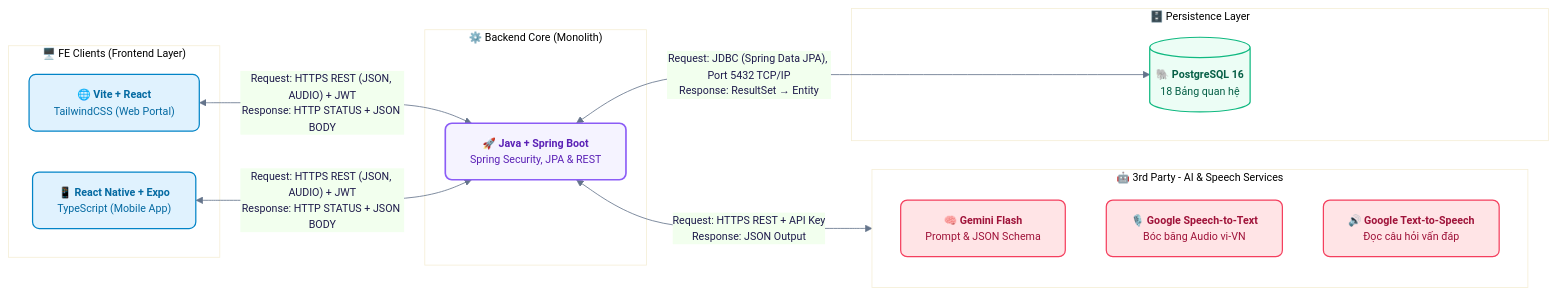
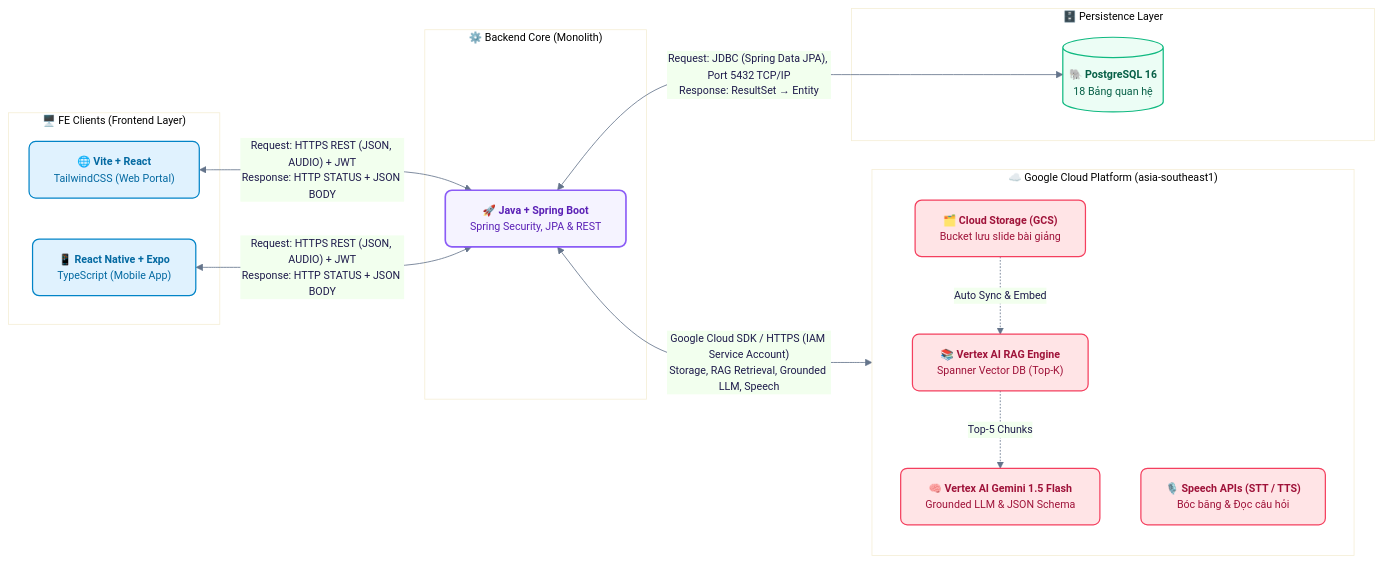
The first of 2 diagrams in document/02-architecture-design/README.md (SWD392-Group-4/AI-powered-Viva-Exam-System), drawn with Mermaid before and after one commit. The commit also changed other lines of this file and 9 other files, not shown here.

Commit message:
docs: add software architecture design report and system documentation files

````diff
--- a/document/02-architecture-design/README.md
+++ b/document/02-architecture-design/README.md
@@ -15,44 +15,47 @@
 ```mermaid
 %%{init: {
   'theme': 'base',
   'themeVariables': {
     'primaryColor': '#EEF2FF',
     'primaryTextColor': '#1E1B4B',
     'primaryBorderColor': '#6366F1',
     'lineColor': '#64748B',
     'fontFamily': 'Inter, system-ui, -apple-system, sans-serif',
     'fontSize': '13px'
   }
 }}%%
 flowchart LR
     %% Định nghĩa bảng màu ngữ nghĩa chuẩn thiết kế
     classDef client fill:#E0F2FE,stroke:#0284C7,stroke-width:1.5px,color:#0369A1,rx:8,ry:8;
     classDef backend fill:#F5F3FF,stroke:#8B5CF6,stroke-width:2px,color:#5B21B6,rx:8,ry:8;
     classDef ai fill:#FFE4E6,stroke:#F43F5E,stroke-width:1.5px,color:#9F1239,rx:8,ry:8;
     classDef db fill:#ECFDF5,stroke:#10B981,stroke-width:1.5px,color:#065F46,rx:4,ry:4;
 
     subgraph FE [" 🖥️ FE Clients (Frontend Layer) "]
         REACT["🌐 <b>Vite + React</b><br/>TailwindCSS (Web Portal)"]:::client
         MOBILE["📱 <b>React Native + Expo</b><br/>TypeScript (Mobile App)"]:::client
     end
 
     subgraph BE [" ⚙️ Backend Core (Monolith) "]
         SPRING["🚀 <b>Java + Spring Boot</b><br/>Spring Security, JPA & REST"]:::backend
     end
 
-    subgraph EXT [" 🤖 3rd Party - AI & Speech Services "]
-        GEMINI["🧠 <b>Gemini Flash</b><br/>Prompt & JSON Schema"]:::ai
-        STT["🎙️ <b>Google Speech-to-Text</b><br/>Bóc băng Audio vi-VN"]:::ai
-        TTS["🔊 <b>Google Text-to-Speech</b><br/>Đọc câu hỏi vấn đáp"]:::ai
+    subgraph EXT [" ☁️ Google Cloud Platform (asia-southeast1) "]
+        GCS["🗂️ <b>Cloud Storage (GCS)</b><br/>Bucket lưu slide bài giảng"]:::ai
+        RAG["📚 <b>Vertex AI RAG Engine</b><br/>Spanner Vector DB (Top-K)"]:::ai
+        GEMINI["🧠 <b>Vertex AI Gemini 1.5 Flash</b><br/>Grounded LLM & JSON Schema"]:::ai
+        SPEECH["🎙️ <b>Speech APIs (STT / TTS)</b><br/>Bóc băng & Đọc câu hỏi"]:::ai
     end
 
     subgraph DB [" 🗄️ Persistence Layer "]
         PG[("🐘 <b>PostgreSQL 16</b><br/>18 Bảng quan hệ")]:::db
     end
 
     %% Luồng kết nối với nhãn giao thức rõ ràng
     REACT <--> |"Request: HTTPS REST (JSON, AUDIO) + JWT<br/>Response: HTTP STATUS + JSON BODY"| SPRING
     MOBILE <--> |"Request: HTTPS REST (JSON, AUDIO) + JWT<br/>Response: HTTP STATUS + JSON BODY"| SPRING
-    SPRING <--> |"Request: HTTPS REST + API Key<br/>Response: JSON Output"| EXT
+    SPRING <--> |"Google Cloud SDK / HTTPS (IAM Service Account)<br/>Storage, RAG Retrieval, Grounded LLM, Speech"| EXT
+    GCS -. "Auto Sync & Embed" .-> RAG
+    RAG -. "Top-5 Chunks" .-> GEMINI
     SPRING <--> |"Request: JDBC (Spring Data JPA), Port 5432 TCP/IP<br/>Response: ResultSet → Entity"| PG
 ```
````
